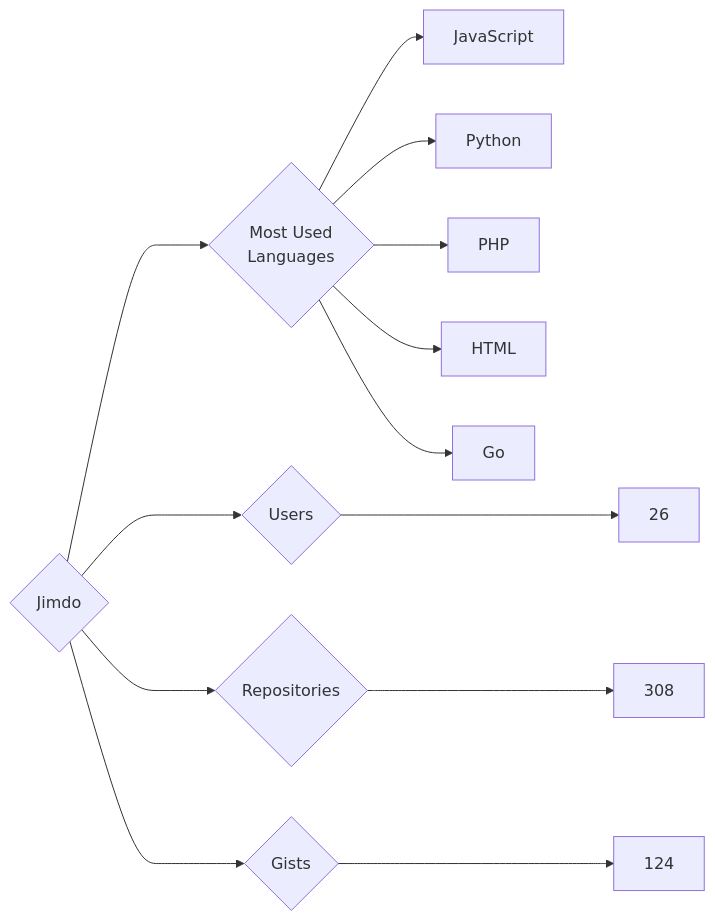
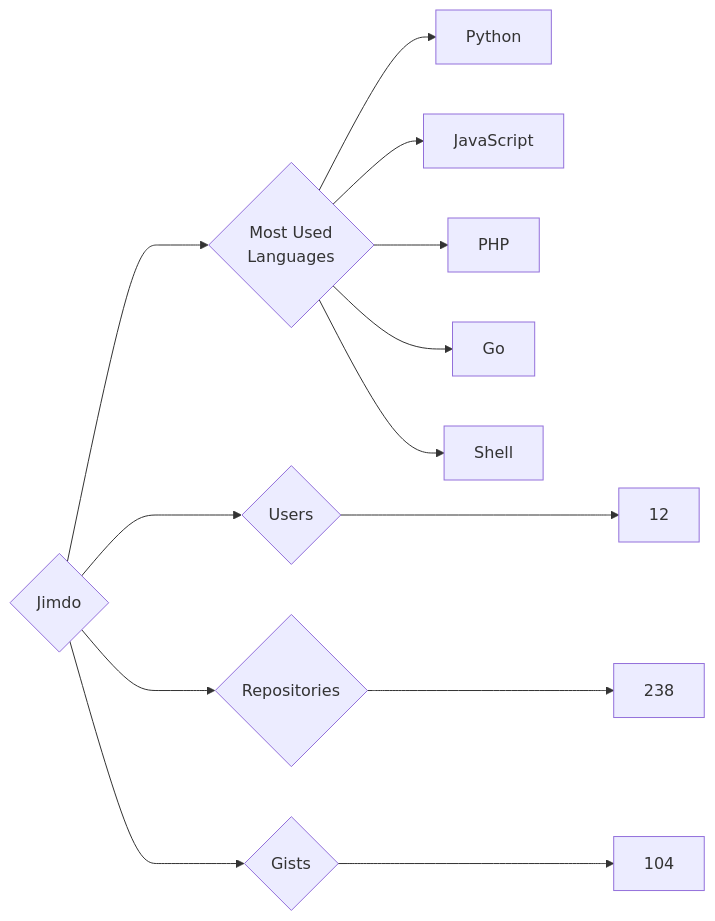
Before and after one commit to trickest/insiders: the diagram in targets/Jimdo/README.md, drawn with Mermaid. The commit also changed 888 other files, not shown here.

````diff
--- a/targets/Jimdo/README.md
+++ b/targets/Jimdo/README.md
@@ -3,13 +3,13 @@
 ```mermaid
 graph LR
 COMPANY_NAME{Jimdo}
-COMPANY_NAME ---> U{Users} ---> UN[26]
-COMPANY_NAME ---> R{Repositories} ---> RN[308]
-COMPANY_NAME ---> G{Gists} ---> GN[124]
+COMPANY_NAME ---> U{Users} ---> UN[12]
+COMPANY_NAME ---> R{Repositories} ---> RN[238]
+COMPANY_NAME ---> G{Gists} ---> GN[104]
 COMPANY_NAME ---> ML{Most Used<br>Languages}
+ML --> Python[Python]
 ML --> JavaScript[JavaScript]
-ML --> Python[Python]
 ML --> PHP[PHP]
-ML --> HTML[HTML]
 ML --> Go[Go]
+ML --> Shell[Shell]
 ```
````
